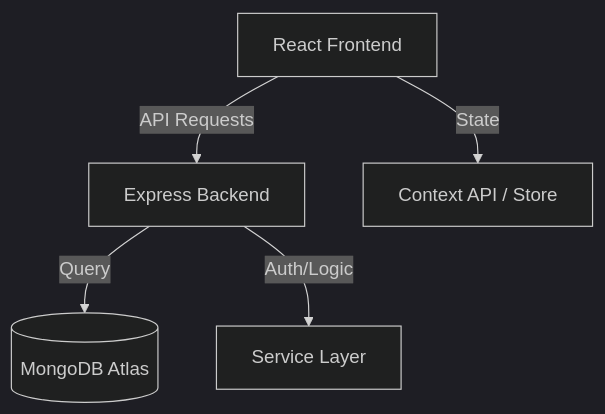
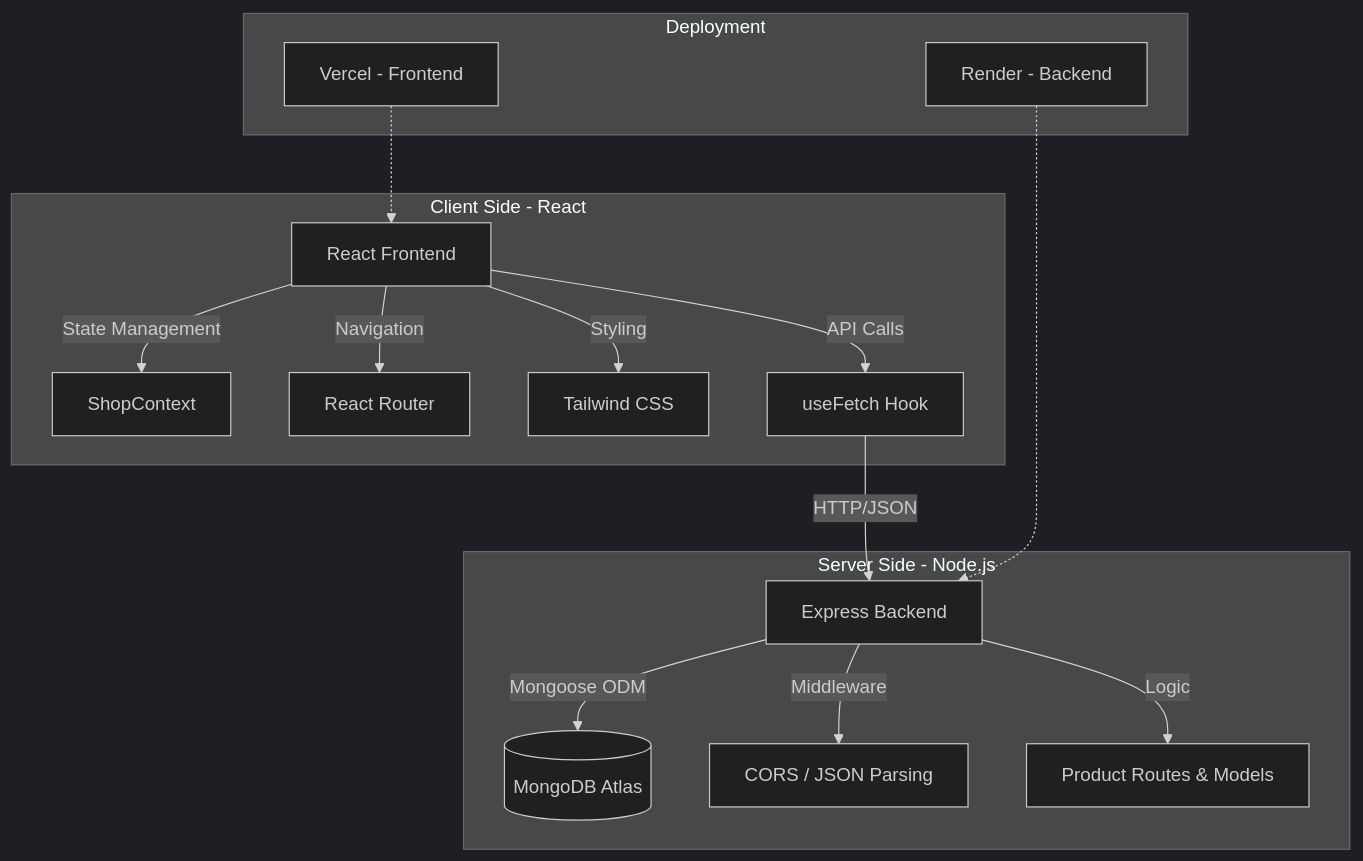
One commit to aaquib132/react-ecommerce-store changed the diagram in README.md. Above: the diagram before and after it, drawn with Mermaid (dark theme). The commit also changed other lines of this file, not shown here.

````diff
--- a/README.md
+++ b/README.md
@@ -88,7 +184,22 @@
 ```mermaid
 graph TD
-    A[React Frontend] -->|API Requests| B[Express Backend]
-    B -->|Query| C[(MongoDB Atlas)]
-    A -->|State| D[Context API / Store]
-    B -->|Auth/Logic| E[Service Layer]
+    subgraph Client [Client Side - React]
+        A[React Frontend] -->|State Management| D[ShopContext]
+        A -->|Navigation| F[React Router]
+        A -->|Styling| G[Tailwind CSS]
+        A -->|API Calls| H[useFetch Hook]
+    end
+
+    H -->|HTTP/JSON| B[Express Backend]
+
+    subgraph Server [Server Side - Node.js]
+        B -->|Mongoose ODM| C[(MongoDB Atlas)]
+        B -->|Middleware| E[CORS / JSON Parsing]
+        B -->|Logic| I[Product Routes & Models]
+    end
+
+    subgraph Deployment
+        V[Vercel - Frontend] -.-> A
+        R[Render - Backend] -.-> B
+    end
 ```
````
